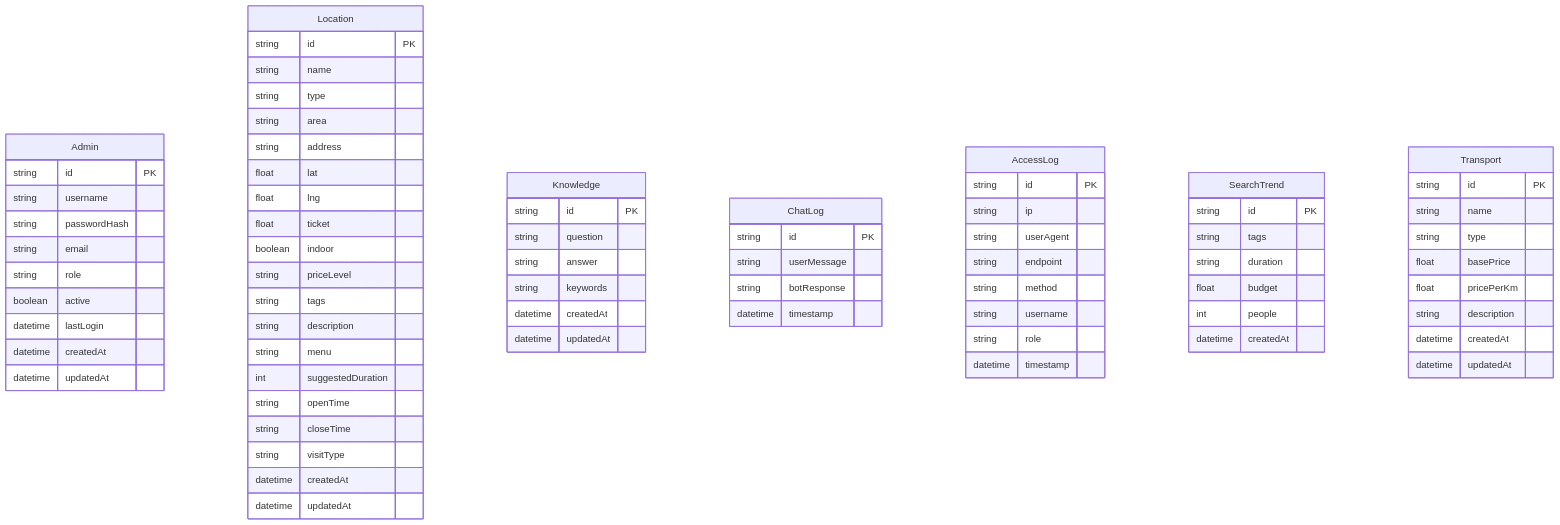
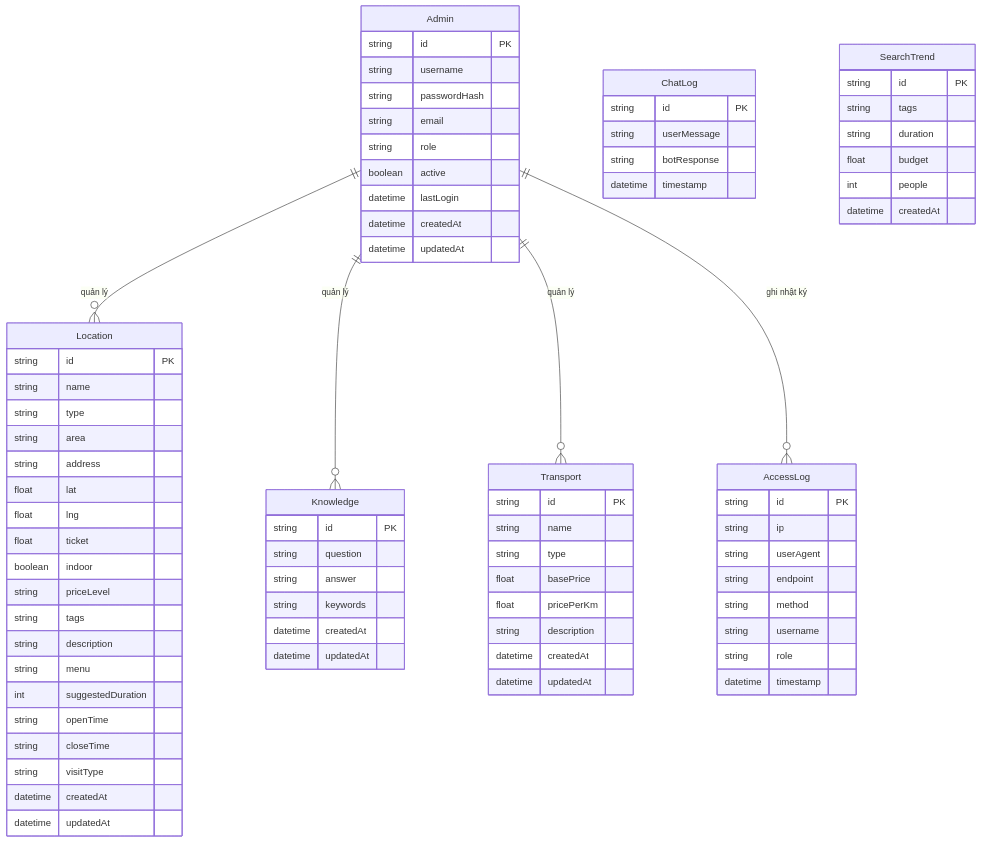
One commit to Doggie-H/Dana-Travel changed the fourth of 6 diagrams in docs/ARCHITECTURE.md. Above: the diagram before and after it, drawn with Mermaid. The commit also changed other lines of this file, not shown here.

````diff
--- a/docs/ARCHITECTURE.md
+++ b/docs/ARCHITECTURE.md
@@ -191,4 +191,9 @@
         datetime createdAt
         datetime updatedAt
     }
+
+    Admin ||--o{ Location : "quản lý"
+    Admin ||--o{ Knowledge : "quản lý"
+    Admin ||--o{ Transport : "quản lý"
+    Admin ||--o{ AccessLog : "ghi nhật ký"
 ```
````
